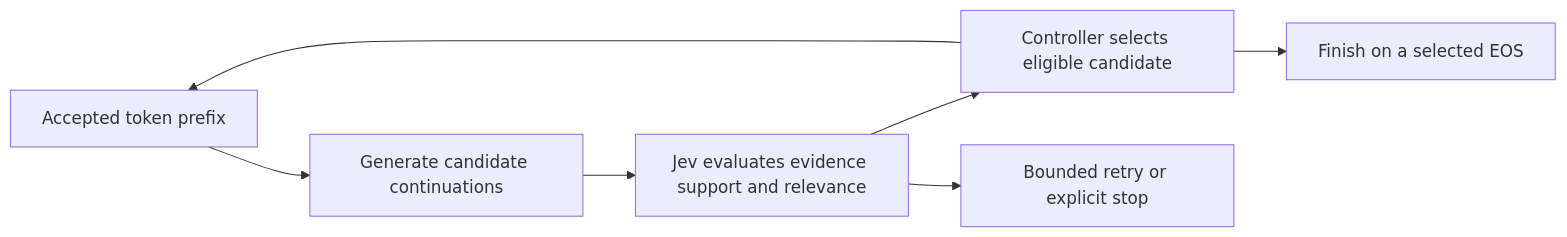
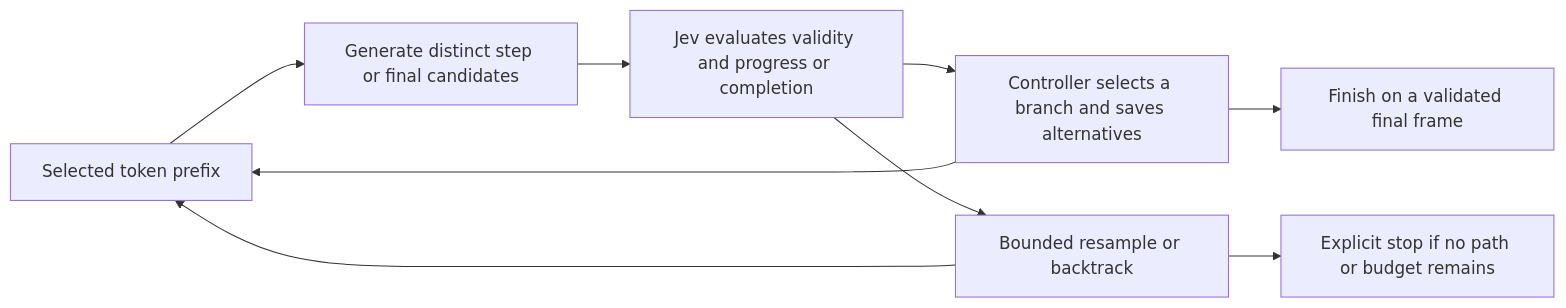
Before and after one commit to OVRLab/jev-guided-decoding: the diagram in README.md, drawn with Mermaid. The commit also changed other lines of this file and 20 other files, not shown here.

Commit message:
feat: add bounded Jev-guided intermediate reasoning search

````diff
--- a/README.md
+++ b/README.md
@@ -18,9 +18,11 @@
 ```mermaid
 flowchart LR
-  A[Accepted token prefix] --> B[Generate candidate continuations]
-  B --> C[Jev evaluates evidence support and relevance]
-  C --> D[Controller selects eligible candidate]
+  A[Selected token prefix] --> B[Generate distinct step or final candidates]
+  B --> C[Jev evaluates validity and progress or completion]
+  C --> D[Controller selects a branch and saves alternatives]
   D --> A
-  D --> E[Finish on a selected EOS]
-  C --> F[Bounded retry or explicit stop]
+  D --> E[Finish on a validated final frame]
+  C --> F[Bounded resample or backtrack]
+  F --> A
+  F --> G[Explicit stop if no path or budget remains]
 ```
````
